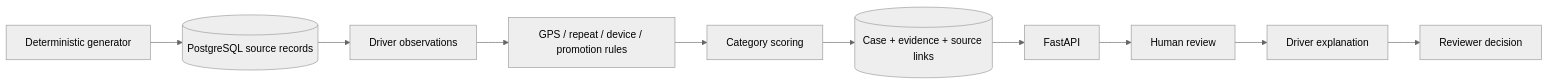
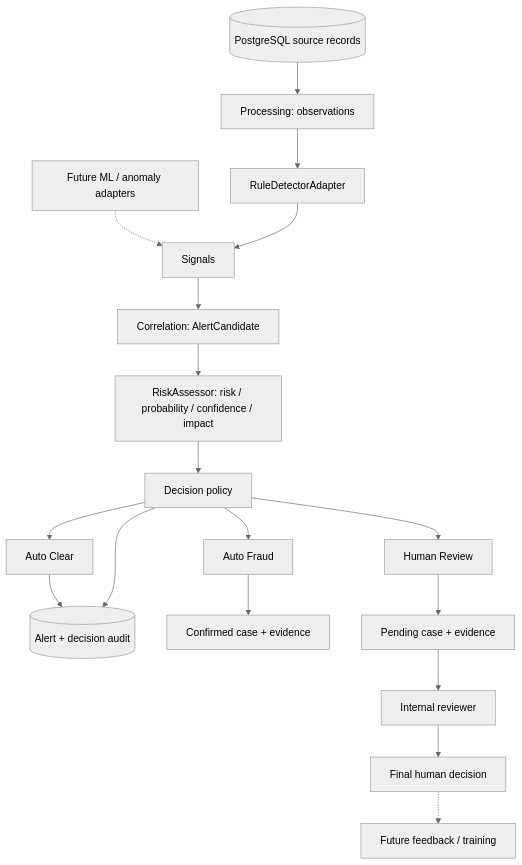
The first of 2 diagrams in docs/architecture.md (holuonganwork/holuonganwork-HoLuongAn_VFS_GSM_ChongGianLan), drawn with Mermaid (neutral theme) before and after one commit. The commit also changed other lines of this file and 18 other files, not shown here.

Commit message:
docs(architecture): document transition and scaffold detailed design

````diff
--- a/docs/architecture.md
+++ b/docs/architecture.md
@@ -7,12 +8,20 @@
 ```mermaid
-flowchart LR
-    G[Deterministic generator] --> D[(PostgreSQL source records)]
-    D --> O[Driver observations]
-    O --> R[GPS / repeat / device / promotion rules]
-    R --> S[Category scoring]
-    S --> C[(Case + evidence + source links)]
-    C --> A[FastAPI]
-    A --> H[Human review]
-    H --> E[Driver explanation]
-    E --> F[Reviewer decision]
+flowchart TD
+    D[(PostgreSQL source records)] --> P[Processing: observations]
+    P --> R[RuleDetectorAdapter]
+    M[Future ML / anomaly adapters] -.-> S[Signals]
+    R --> S
+    S --> A[Correlation: AlertCandidate]
+    A --> E[RiskAssessor: risk / probability / confidence / impact]
+    E --> B[Decision policy]
+    B --> CL[Auto Clear]
+    B --> F[Auto Fraud]
+    B --> H[Human Review]
+    CL --> AU[(Alert + decision audit)]
+    F --> C[Confirmed case + evidence]
+    H --> Q[Pending case + evidence]
+    Q --> HR[Internal reviewer]
+    HR --> FD[Final human decision]
+    FD -.-> FB[Future feedback / training]
+    B --> AU
 ```
````
